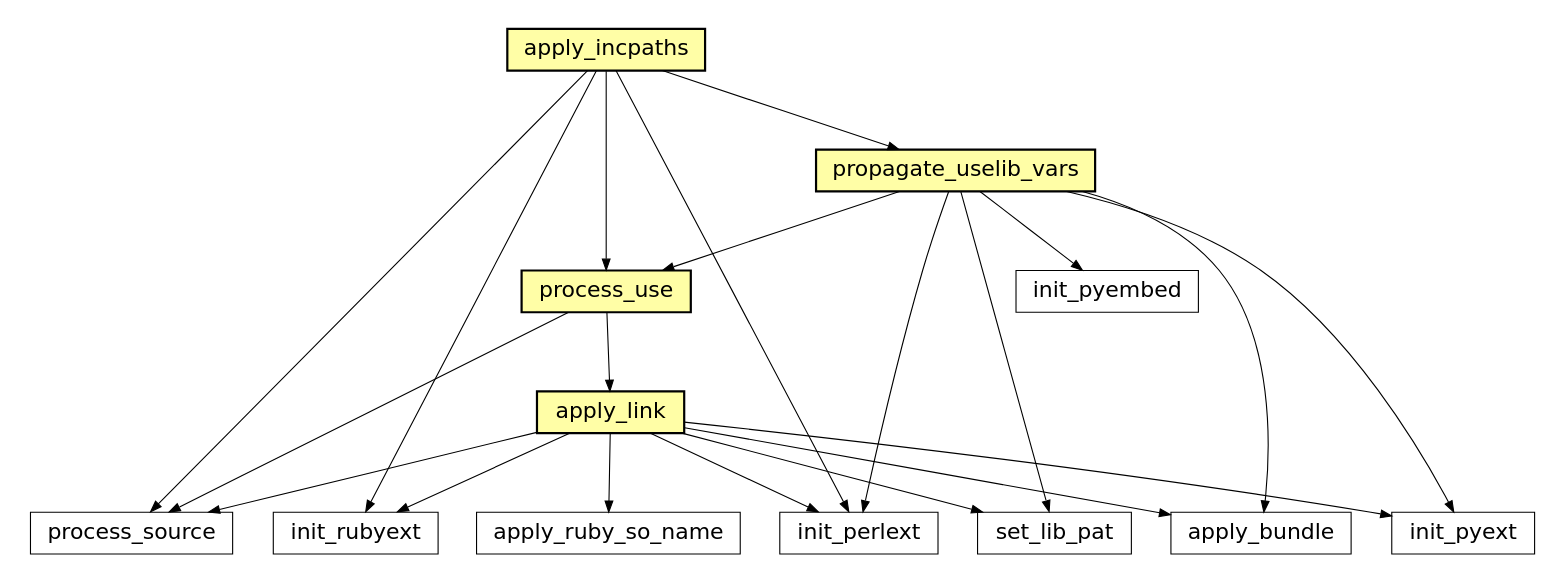
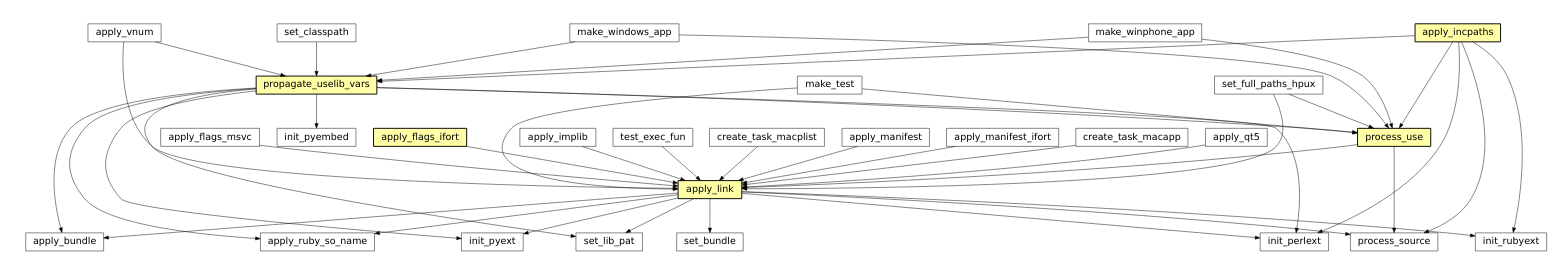
One commit to timb-machine-mirrors/gitlab-org-protocol-fuzzer-ce changed diagram 14 of 45 in build/waf/docs/sphinx/featuremap.rst. Above: the diagram before and after it, drawn with Graphviz. The commit also changed other lines of this file and 601 other files, not shown here.

```diff
--- a/build/waf/docs/sphinx/featuremap.rst
+++ b/build/waf/docs/sphinx/featuremap.rst
@@ -350,37 +577,75 @@
 .. graphviz::
 
 	digraph feature_fc {
-	size="8.0, 12.0";
-		"process_use" [style="setlinewidth(0.5)",URL="tools/ccroot.html#waflib.Tools.ccroot.process_use",fontname="Vera Sans, DejaVu Sans, Liberation Sans, Arial, Helvetica, sans",height=0.25,shape=box,fontsize=10,fillcolor="#fffea6",style=filled];
-	"init_perlext" [style="setlinewidth(0.5)",URL="tools/perl.html#waflib.Tools.perl.init_perlext",fontname="Vera Sans, DejaVu Sans, Liberation Sans, Arial, Helvetica, sans",height=0.25,shape=box,fontsize=10];
-	"apply_ruby_so_name" [style="setlinewidth(0.5)",URL="tools/ruby.html#waflib.Tools.ruby.apply_ruby_so_name",fontname="Vera Sans, DejaVu Sans, Liberation Sans, Arial, Helvetica, sans",height=0.25,shape=box,fontsize=10];
-	"process_source" [style="setlinewidth(0.5)",URL="TaskGen.html#waflib.TaskGen.process_source",fontname="Vera Sans, DejaVu Sans, Liberation Sans, Arial, Helvetica, sans",height=0.25,shape=box,fontsize=10];
-	"apply_incpaths" [style="setlinewidth(0.5)",URL="tools/ccroot.html#waflib.Tools.ccroot.apply_incpaths",fontname="Vera Sans, DejaVu Sans, Liberation Sans, Arial, Helvetica, sans",height=0.25,shape=box,fontsize=10,fillcolor="#fffea6",style=filled];
-	"apply_link" [style="setlinewidth(0.5)",URL="tools/ccroot.html#waflib.Tools.ccroot.apply_link",fontname="Vera Sans, DejaVu Sans, Liberation Sans, Arial, Helvetica, sans",height=0.25,shape=box,fontsize=10,fillcolor="#fffea6",style=filled];
-	"init_pyext" [style="setlinewidth(0.5)",URL="tools/python.html#waflib.Tools.python.init_pyext",fontname="Vera Sans, DejaVu Sans, Liberation Sans, Arial, Helvetica, sans",height=0.25,shape=box,fontsize=10];
-	"init_rubyext" [style="setlinewidth(0.5)",URL="tools/ruby.html#waflib.Tools.ruby.init_rubyext",fontname="Vera Sans, DejaVu Sans, Liberation Sans, Arial, Helvetica, sans",height=0.25,shape=box,fontsize=10];
-	"set_lib_pat" [style="setlinewidth(0.5)",URL="tools/fc_config.html#waflib.Tools.fc_config.set_lib_pat",fontname="Vera Sans, DejaVu Sans, Liberation Sans, Arial, Helvetica, sans",height=0.25,shape=box,fontsize=10];
-	"propagate_uselib_vars" [style="setlinewidth(0.5)",URL="tools/ccroot.html#waflib.Tools.ccroot.propagate_uselib_vars",fontname="Vera Sans, DejaVu Sans, Liberation Sans, Arial, Helvetica, sans",height=0.25,shape=box,fontsize=10,fillcolor="#fffea6",style=filled];
-	"init_pyembed" [style="setlinewidth(0.5)",URL="tools/python.html#waflib.Tools.python.init_pyembed",fontname="Vera Sans, DejaVu Sans, Liberation Sans, Arial, Helvetica, sans",height=0.25,shape=box,fontsize=10];
-	"apply_bundle" [style="setlinewidth(0.5)",URL="tools/c_osx.html#waflib.Tools.c_osx.apply_bundle",fontname="Vera Sans, DejaVu Sans, Liberation Sans, Arial, Helvetica, sans",height=0.25,shape=box,fontsize=10];
-	"process_use" -> "apply_link" [arrowsize=0.5,style="setlinewidth(0.5)"];
-	"process_use" -> "process_source" [arrowsize=0.5,style="setlinewidth(0.5)"];
-	"apply_incpaths" -> "propagate_uselib_vars" [arrowsize=0.5,style="setlinewidth(0.5)"];
-	"apply_incpaths" -> "process_source" [arrowsize=0.5,style="setlinewidth(0.5)"];
-	"apply_incpaths" -> "process_use" [arrowsize=0.5,style="setlinewidth(0.5)"];
-	"apply_incpaths" -> "init_rubyext" [arrowsize=0.5,style="setlinewidth(0.5)"];
-	"apply_incpaths" -> "init_perlext" [arrowsize=0.5,style="setlinewidth(0.5)"];
-	"propagate_uselib_vars" -> "apply_bundle" [arrowsize=0.5,style="setlinewidth(0.5)"];
-	"propagate_uselib_vars" -> "process_use" [arrowsize=0.5,style="setlinewidth(0.5)"];
-	"propagate_uselib_vars" -> "set_lib_pat" [arrowsize=0.5,style="setlinewidth(0.5)"];
-	"propagate_uselib_vars" -> "init_pyext" [arrowsize=0.5,style="setlinewidth(0.5)"];
-	"propagate_uselib_vars" -> "init_pyembed" [arrowsize=0.5,style="setlinewidth(0.5)"];
-	"propagate_uselib_vars" -> "init_perlext" [arrowsize=0.5,style="setlinewidth(0.5)"];
-	"apply_link" -> "apply_bundle" [arrowsize=0.5,style="setlinewidth(0.5)"];
-	"apply_link" -> "process_source" [arrowsize=0.5,style="setlinewidth(0.5)"];
-	"apply_link" -> "set_lib_pat" [arrowsize=0.5,style="setlinewidth(0.5)"];
-	"apply_link" -> "init_rubyext" [arrowsize=0.5,style="setlinewidth(0.5)"];
-	"apply_link" -> "apply_ruby_so_name" [arrowsize=0.5,style="setlinewidth(0.5)"];
-	"apply_link" -> "init_pyext" [arrowsize=0.5,style="setlinewidth(0.5)"];
-	"apply_link" -> "init_perlext" [arrowsize=0.5,style="setlinewidth(0.5)"];
+		size="8.0, 12.0";
+		"make_test" [style="setlinewidth(0.5)",URL="../tools/waf_unit_test.html#waflib.Tools.waf_unit_test.make_test",target="_top",fontname="Vera Sans, DejaVu Sans, Liberation Sans, Arial, Helvetica, sans",height=0.25,shape="rectangle",fontsize=10];
+		"apply_incpaths" [style="setlinewidth(0.5)",URL="../tools/ccroot.html#waflib.Tools.ccroot.apply_incpaths",target="_top",fontname="Vera Sans, DejaVu Sans, Liberation Sans, Arial, Helvetica, sans",height=0.25,shape="rectangle",fontsize=10,fillcolor="#fffea6",style=filled];
+		"set_bundle" [style="setlinewidth(0.5)",URL="../tools/python.html#waflib.Tools.python.set_bundle",target="_top",fontname="Vera Sans, DejaVu Sans, Liberation Sans, Arial, Helvetica, sans",height=0.25,shape="rectangle",fontsize=10];
+		"set_lib_pat" [style="setlinewidth(0.5)",URL="../tools/fc_config.html#waflib.Tools.fc_config.set_lib_pat",target="_top",fontname="Vera Sans, DejaVu Sans, Liberation Sans, Arial, Helvetica, sans",height=0.25,shape="rectangle",fontsize=10];
+		"apply_flags_ifort" [style="setlinewidth(0.5)",URL="../tools/ifort.html#waflib.Tools.ifort.apply_flags_ifort",target="_top",fontname="Vera Sans, DejaVu Sans, Liberation Sans, Arial, Helvetica, sans",height=0.25,shape="rectangle",fontsize=10,fillcolor="#fffea6",style=filled];
+		"apply_bundle" [style="setlinewidth(0.5)",URL="../tools/c_osx.html#waflib.Tools.c_osx.apply_bundle",target="_top",fontname="Vera Sans, DejaVu Sans, Liberation Sans, Arial, Helvetica, sans",height=0.25,shape="rectangle",fontsize=10];
+		"process_use" [style="setlinewidth(0.5)",URL="../tools/ccroot.html#waflib.Tools.ccroot.process_use",target="_top",fontname="Vera Sans, DejaVu Sans, Liberation Sans, Arial, Helvetica, sans",height=0.25,shape="rectangle",fontsize=10,fillcolor="#fffea6",style=filled];
+		"apply_implib" [style="setlinewidth(0.5)",URL="../tools/ccroot.html#waflib.Tools.ccroot.apply_implib",target="_top",fontname="Vera Sans, DejaVu Sans, Liberation Sans, Arial, Helvetica, sans",height=0.25,shape="rectangle",fontsize=10];
+		"apply_ruby_so_name" [style="setlinewidth(0.5)",URL="../tools/ruby.html#waflib.Tools.ruby.apply_ruby_so_name",target="_top",fontname="Vera Sans, DejaVu Sans, Liberation Sans, Arial, Helvetica, sans",height=0.25,shape="rectangle",fontsize=10];
+		"set_full_paths_hpux" [style="setlinewidth(0.5)",URL="../tools/ccroot.html#waflib.Tools.ccroot.set_full_paths_hpux",target="_top",fontname="Vera Sans, DejaVu Sans, Liberation Sans, Arial, Helvetica, sans",height=0.25,shape="rectangle",fontsize=10];
+		"test_exec_fun" [style="setlinewidth(0.5)",URL="../tools/c_config.html#waflib.Tools.c_config.test_exec_fun",target="_top",fontname="Vera Sans, DejaVu Sans, Liberation Sans, Arial, Helvetica, sans",height=0.25,shape="rectangle",fontsize=10];
+		"apply_link" [style="setlinewidth(0.5)",URL="../tools/ccroot.html#waflib.Tools.ccroot.apply_link",target="_top",fontname="Vera Sans, DejaVu Sans, Liberation Sans, Arial, Helvetica, sans",height=0.25,shape="rectangle",fontsize=10,fillcolor="#fffea6",style=filled];
+		"init_pyext" [style="setlinewidth(0.5)",URL="../tools/python.html#waflib.Tools.python.init_pyext",target="_top",fontname="Vera Sans, DejaVu Sans, Liberation Sans, Arial, Helvetica, sans",height=0.25,shape="rectangle",fontsize=10];
+		"init_rubyext" [style="setlinewidth(0.5)",URL="../tools/ruby.html#waflib.Tools.ruby.init_rubyext",target="_top",fontname="Vera Sans, DejaVu Sans, Liberation Sans, Arial, Helvetica, sans",height=0.25,shape="rectangle",fontsize=10];
+		"apply_vnum" [style="setlinewidth(0.5)",URL="../tools/ccroot.html#waflib.Tools.ccroot.apply_vnum",target="_top",fontname="Vera Sans, DejaVu Sans, Liberation Sans, Arial, Helvetica, sans",height=0.25,shape="rectangle",fontsize=10];
+		"create_task_macplist" [style="setlinewidth(0.5)",URL="../tools/c_osx.html#waflib.Tools.c_osx.create_task_macplist",target="_top",fontname="Vera Sans, DejaVu Sans, Liberation Sans, Arial, Helvetica, sans",height=0.25,shape="rectangle",fontsize=10];
+		"make_windows_app" [style="setlinewidth(0.5)",URL="../tools/msvc.html#waflib.Tools.msvc.make_windows_app",target="_top",fontname="Vera Sans, DejaVu Sans, Liberation Sans, Arial, Helvetica, sans",height=0.25,shape="rectangle",fontsize=10];
+		"apply_manifest" [style="setlinewidth(0.5)",URL="../tools/msvc.html#waflib.Tools.msvc.apply_manifest",target="_top",fontname="Vera Sans, DejaVu Sans, Liberation Sans, Arial, Helvetica, sans",height=0.25,shape="rectangle",fontsize=10];
+		"process_source" [style="setlinewidth(0.5)",URL="../TaskGen.html#waflib.TaskGen.process_source",target="_top",fontname="Vera Sans, DejaVu Sans, Liberation Sans, Arial, Helvetica, sans",height=0.25,shape="rectangle",fontsize=10];
+		"apply_manifest_ifort" [style="setlinewidth(0.5)",URL="../tools/ifort.html#waflib.Tools.ifort.apply_manifest_ifort",target="_top",fontname="Vera Sans, DejaVu Sans, Liberation Sans, Arial, Helvetica, sans",height=0.25,shape="rectangle",fontsize=10];
+		"make_winphone_app" [style="setlinewidth(0.5)",URL="../tools/msvc.html#waflib.Tools.msvc.make_winphone_app",target="_top",fontname="Vera Sans, DejaVu Sans, Liberation Sans, Arial, Helvetica, sans",height=0.25,shape="rectangle",fontsize=10];
+		"set_classpath" [style="setlinewidth(0.5)",URL="../tools/javaw.html#waflib.Tools.javaw.set_classpath",target="_top",fontname="Vera Sans, DejaVu Sans, Liberation Sans, Arial, Helvetica, sans",height=0.25,shape="rectangle",fontsize=10];
+		"init_pyembed" [style="setlinewidth(0.5)",URL="../tools/python.html#waflib.Tools.python.init_pyembed",target="_top",fontname="Vera Sans, DejaVu Sans, Liberation Sans, Arial, Helvetica, sans",height=0.25,shape="rectangle",fontsize=10];
+		"init_perlext" [style="setlinewidth(0.5)",URL="../tools/perl.html#waflib.Tools.perl.init_perlext",target="_top",fontname="Vera Sans, DejaVu Sans, Liberation Sans, Arial, Helvetica, sans",height=0.25,shape="rectangle",fontsize=10];
+		"create_task_macapp" [style="setlinewidth(0.5)",URL="../tools/c_osx.html#waflib.Tools.c_osx.create_task_macapp",target="_top",fontname="Vera Sans, DejaVu Sans, Liberation Sans, Arial, Helvetica, sans",height=0.25,shape="rectangle",fontsize=10];
+		"apply_qt5" [style="setlinewidth(0.5)",URL="../tools/qt5.html#waflib.Tools.qt5.apply_qt5",target="_top",fontname="Vera Sans, DejaVu Sans, Liberation Sans, Arial, Helvetica, sans",height=0.25,shape="rectangle",fontsize=10];
+		"apply_flags_msvc" [style="setlinewidth(0.5)",URL="../tools/msvc.html#waflib.Tools.msvc.apply_flags_msvc",target="_top",fontname="Vera Sans, DejaVu Sans, Liberation Sans, Arial, Helvetica, sans",height=0.25,shape="rectangle",fontsize=10];
+		"propagate_uselib_vars" [style="setlinewidth(0.5)",URL="../tools/ccroot.html#waflib.Tools.ccroot.propagate_uselib_vars",target="_top",fontname="Vera Sans, DejaVu Sans, Liberation Sans, Arial, Helvetica, sans",height=0.25,shape="rectangle",fontsize=10,fillcolor="#fffea6",style=filled];
+		"make_test" -> "apply_link" [arrowsize=0.5,style="setlinewidth(0.5)"];
+		"make_test" -> "process_use" [arrowsize=0.5,style="setlinewidth(0.5)"];
+		"apply_incpaths" -> "propagate_uselib_vars" [arrowsize=0.5,style="setlinewidth(0.5)"];
+		"apply_incpaths" -> "process_source" [arrowsize=0.5,style="setlinewidth(0.5)"];
+		"apply_incpaths" -> "process_use" [arrowsize=0.5,style="setlinewidth(0.5)"];
+		"apply_incpaths" -> "init_rubyext" [arrowsize=0.5,style="setlinewidth(0.5)"];
+		"apply_incpaths" -> "init_perlext" [arrowsize=0.5,style="setlinewidth(0.5)"];
+		"apply_flags_ifort" -> "apply_link" [arrowsize=0.5,style="setlinewidth(0.5)"];
+		"process_use" -> "apply_link" [arrowsize=0.5,style="setlinewidth(0.5)"];
+		"process_use" -> "process_source" [arrowsize=0.5,style="setlinewidth(0.5)"];
+		"apply_qt5" -> "apply_link" [arrowsize=0.5,style="setlinewidth(0.5)"];
+		"set_full_paths_hpux" -> "apply_link" [arrowsize=0.5,style="setlinewidth(0.5)"];
+		"set_full_paths_hpux" -> "process_use" [arrowsize=0.5,style="setlinewidth(0.5)"];
+		"apply_link" -> "apply_bundle" [arrowsize=0.5,style="setlinewidth(0.5)"];
+		"apply_link" -> "process_source" [arrowsize=0.5,style="setlinewidth(0.5)"];
+		"apply_link" -> "set_lib_pat" [arrowsize=0.5,style="setlinewidth(0.5)"];
+		"apply_link" -> "init_rubyext" [arrowsize=0.5,style="setlinewidth(0.5)"];
+		"apply_link" -> "apply_ruby_so_name" [arrowsize=0.5,style="setlinewidth(0.5)"];
+		"apply_link" -> "init_perlext" [arrowsize=0.5,style="setlinewidth(0.5)"];
+		"apply_link" -> "init_pyext" [arrowsize=0.5,style="setlinewidth(0.5)"];
+		"apply_link" -> "set_bundle" [arrowsize=0.5,style="setlinewidth(0.5)"];
+		"apply_vnum" -> "apply_link" [arrowsize=0.5,style="setlinewidth(0.5)"];
+		"apply_vnum" -> "propagate_uselib_vars" [arrowsize=0.5,style="setlinewidth(0.5)"];
+		"create_task_macplist" -> "apply_link" [arrowsize=0.5,style="setlinewidth(0.5)"];
+		"make_windows_app" -> "propagate_uselib_vars" [arrowsize=0.5,style="setlinewidth(0.5)"];
+		"make_windows_app" -> "process_use" [arrowsize=0.5,style="setlinewidth(0.5)"];
+		"apply_manifest" -> "apply_link" [arrowsize=0.5,style="setlinewidth(0.5)"];
+		"test_exec_fun" -> "apply_link" [arrowsize=0.5,style="setlinewidth(0.5)"];
+		"apply_manifest_ifort" -> "apply_link" [arrowsize=0.5,style="setlinewidth(0.5)"];
+		"make_winphone_app" -> "propagate_uselib_vars" [arrowsize=0.5,style="setlinewidth(0.5)"];
+		"make_winphone_app" -> "process_use" [arrowsize=0.5,style="setlinewidth(0.5)"];
+		"set_classpath" -> "propagate_uselib_vars" [arrowsize=0.5,style="setlinewidth(0.5)"];
+		"create_task_macapp" -> "apply_link" [arrowsize=0.5,style="setlinewidth(0.5)"];
+		"apply_implib" -> "apply_link" [arrowsize=0.5,style="setlinewidth(0.5)"];
+		"apply_flags_msvc" -> "apply_link" [arrowsize=0.5,style="setlinewidth(0.5)"];
+		"propagate_uselib_vars" -> "apply_bundle" [arrowsize=0.5,style="setlinewidth(0.5)"];
+		"propagate_uselib_vars" -> "process_use" [arrowsize=0.5,style="setlinewidth(0.5)"];
+		"propagate_uselib_vars" -> "set_lib_pat" [arrowsize=0.5,style="setlinewidth(0.5)"];
+		"propagate_uselib_vars" -> "apply_ruby_so_name" [arrowsize=0.5,style="setlinewidth(0.5)"];
+		"propagate_uselib_vars" -> "init_perlext" [arrowsize=0.5,style="setlinewidth(0.5)"];
+		"propagate_uselib_vars" -> "init_pyext" [arrowsize=0.5,style="setlinewidth(0.5)"];
+		"propagate_uselib_vars" -> "init_pyembed" [arrowsize=0.5,style="setlinewidth(0.5)"];
 	}
```
